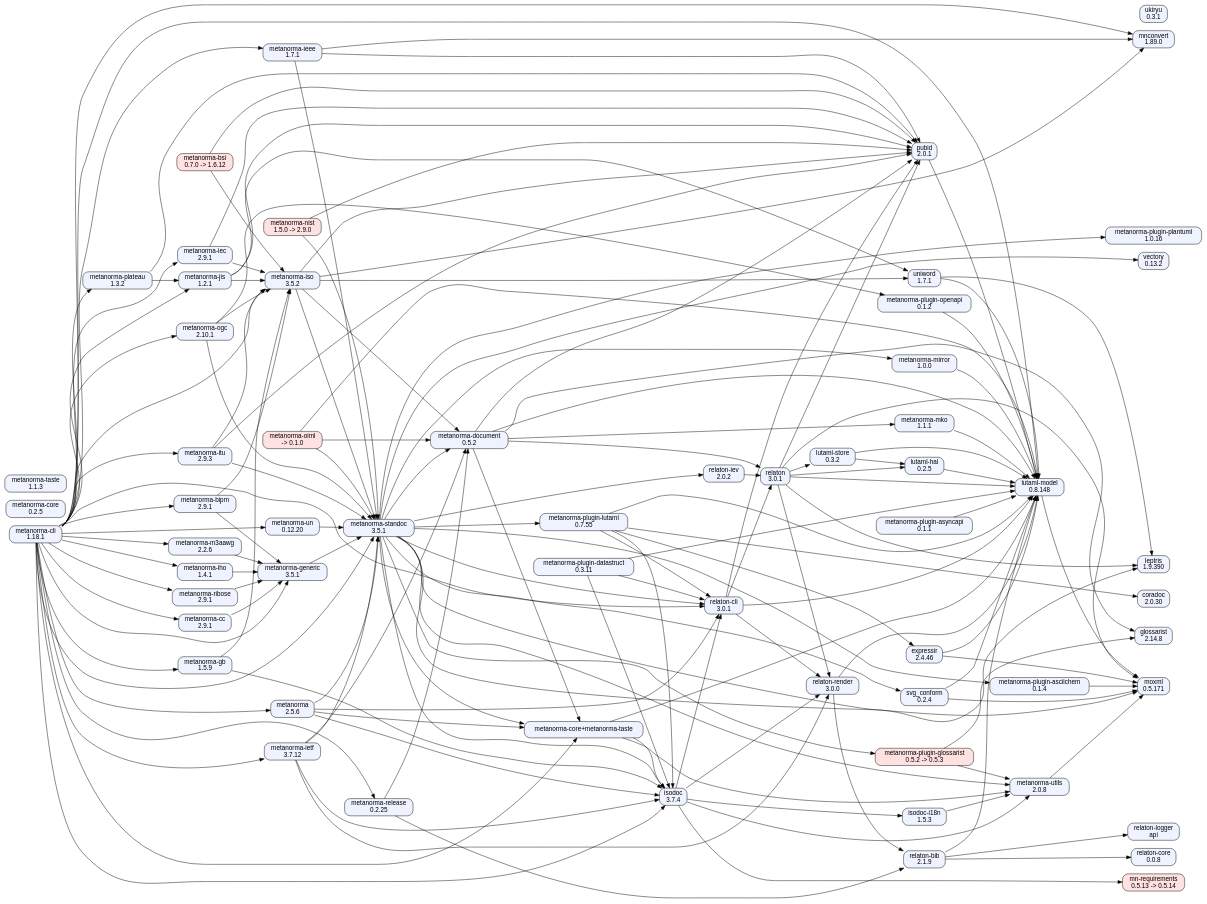
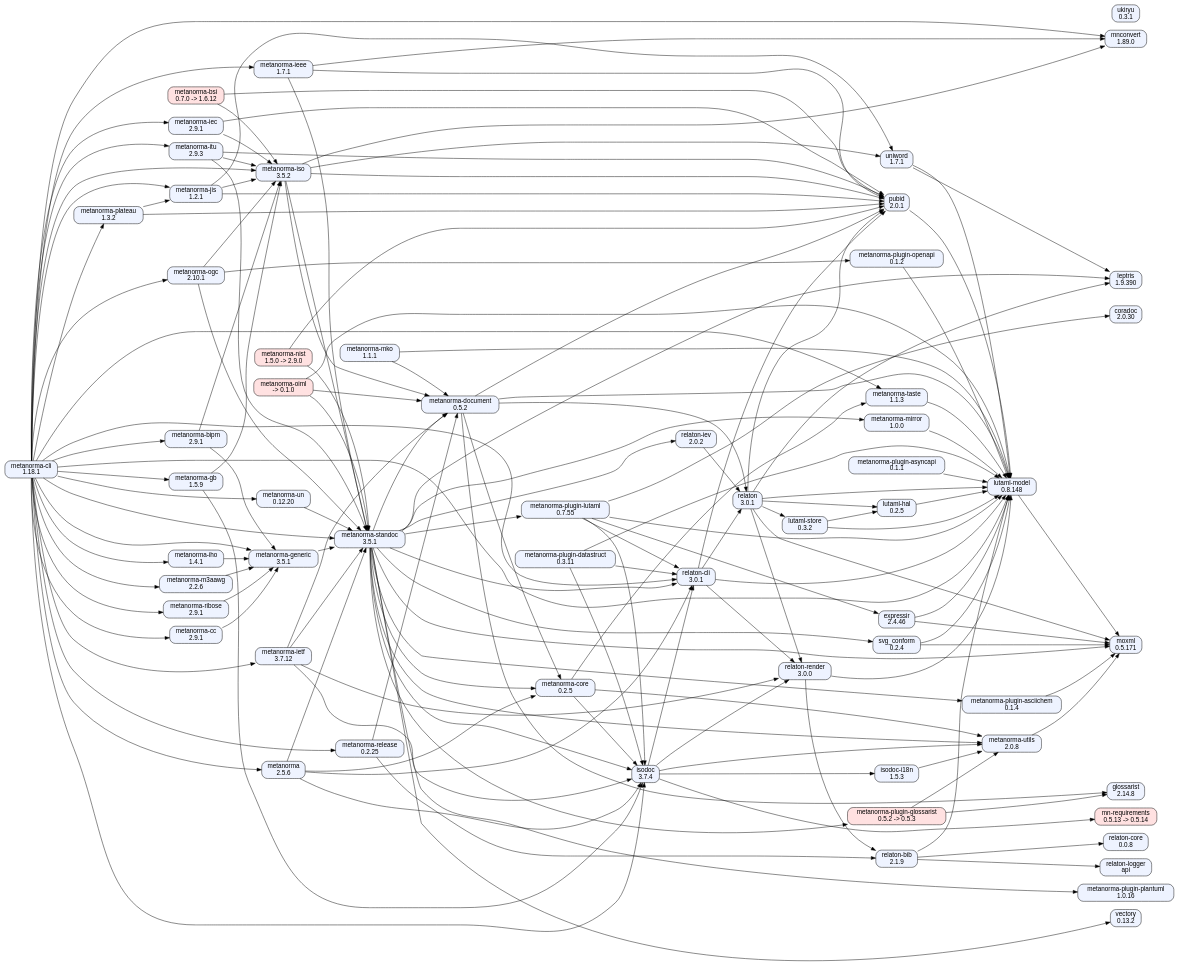
The diagram in docs/release-graph.dot (metanorma/metanorma-cli), drawn with Graphviz before and after one commit. The commit also changed 2 other files, not shown here.

Commit message:
Release graph: the decycle lands - the graph is a DAG
metanorma-document drops the metanorma-mko edge (model side moves into
metanorma-mko: metanorma-mko#11 + metanorma-document#104, caller seam
metanorma#623), and the core/taste mutual was a data error in the
curated edges, not a gemspec fact. Waves re-computed: 14 waves, no
SCCs; metanorma-taste sits in W3, metanorma-mko in W10.

```diff
--- a/docs/release-graph.dot
+++ b/docs/release-graph.dot
@@ -74,7 +74,7 @@
   "lutaml-store" -> "lutaml-hal";
   "lutaml-store" -> "lutaml-model";
   "metanorma" -> "isodoc";
-  "metanorma" -> "metanorma-core+metanorma-taste";
+  "metanorma" -> "metanorma-core";
   "metanorma" -> "metanorma-standoc";
   "metanorma" -> "relaton-cli";
   "metanorma-bipm" -> "metanorma-generic";
@@ -87,7 +87,6 @@
   "metanorma-cli" -> "metanorma";
   "metanorma-cli" -> "metanorma-bipm";
   "metanorma-cli" -> "metanorma-cc";
-  "metanorma-cli" -> "metanorma-core+metanorma-taste";
   "metanorma-cli" -> "metanorma-gb";
   "metanorma-cli" -> "metanorma-generic";
   "metanorma-cli" -> "metanorma-iec";
@@ -103,16 +102,16 @@
   "metanorma-cli" -> "metanorma-release";
   "metanorma-cli" -> "metanorma-ribose";
   "metanorma-cli" -> "metanorma-standoc";
+  "metanorma-cli" -> "metanorma-taste";
   "metanorma-cli" -> "metanorma-un";
   "metanorma-cli" -> "mnconvert";
   "metanorma-cli" -> "relaton-cli";
-  "metanorma-core+metanorma-taste" -> "isodoc";
-  "metanorma-core+metanorma-taste" -> "lutaml-model";
-  "metanorma-core+metanorma-taste" -> "metanorma-utils";
+  "metanorma-core" -> "isodoc";
+  "metanorma-core" -> "metanorma-taste";
+  "metanorma-core" -> "metanorma-utils";
   "metanorma-document" -> "glossarist";
   "metanorma-document" -> "lutaml-model";
-  "metanorma-document" -> "metanorma-core+metanorma-taste";
-  "metanorma-document" -> "metanorma-mko";
+  "metanorma-document" -> "metanorma-core";
   "metanorma-document" -> "pubid";
   "metanorma-document" -> "relaton";
   "metanorma-gb" -> "isodoc";
@@ -142,6 +141,7 @@
   "metanorma-m3aawg" -> "metanorma-generic";
   "metanorma-mirror" -> "lutaml-model";
   "metanorma-mko" -> "lutaml-model";
+  "metanorma-mko" -> "metanorma-document";
   "metanorma-nist" -> "metanorma-standoc";
   "metanorma-nist" -> "pubid";
   "metanorma-ogc" -> "metanorma-iso";
@@ -170,7 +170,7 @@
   "metanorma-ribose" -> "metanorma-generic";
   "metanorma-standoc" -> "isodoc";
   "metanorma-standoc" -> "leptris";
-  "metanorma-standoc" -> "metanorma-core+metanorma-taste";
+  "metanorma-standoc" -> "metanorma-core";
   "metanorma-standoc" -> "metanorma-document";
   "metanorma-standoc" -> "metanorma-mirror";
   "metanorma-standoc" -> "metanorma-plugin-asciichem";
@@ -183,6 +183,7 @@
   "metanorma-standoc" -> "relaton-iev";
   "metanorma-standoc" -> "svg_conform";
   "metanorma-standoc" -> "vectory";
+  "metanorma-taste" -> "lutaml-model";
   "metanorma-un" -> "metanorma-standoc";
   "metanorma-utils" -> "moxml";
   "pubid" -> "lutaml-model";
@@ -209,14 +210,14 @@
   "uniword" -> "lutaml-model";
   {rank=same; "coradoc"; "glossarist"; "leptris"; "metanorma-plugin-plantuml"; "mn-requirements"; "mnconvert"; "moxml"; "relaton-core"; "relaton-logger"; "ukiryu"; "vectory";}
   {rank=same; "lutaml-model"; "metanorma-plugin-asciichem"; "metanorma-utils";}
-  {rank=same; "expressir"; "isodoc-i18n"; "lutaml-hal"; "metanorma-mirror"; "metanorma-mko"; "metanorma-plugin-asyncapi"; "metanorma-plugin-glossarist"; "metanorma-plugin-openapi"; "pubid"; "relaton-bib"; "svg_conform"; "uniword";}
+  {rank=same; "expressir"; "isodoc-i18n"; "lutaml-hal"; "metanorma-mirror"; "metanorma-plugin-asyncapi"; "metanorma-plugin-glossarist"; "metanorma-plugin-openapi"; "metanorma-taste"; "pubid"; "relaton-bib"; "svg_conform"; "uniword";}
   {rank=same; "lutaml-store"; "relaton-render";}
   {rank=same; "relaton";}
   {rank=same; "relaton-cli"; "relaton-iev";}
   {rank=same; "isodoc";}
-  {rank=same; "metanorma-core+metanorma-taste"; "metanorma-plugin-datastruct"; "metanorma-plugin-lutaml";}
+  {rank=same; "metanorma-core"; "metanorma-plugin-datastruct"; "metanorma-plugin-lutaml";}
   {rank=same; "metanorma-document";}
-  {rank=same; "metanorma-release"; "metanorma-standoc";}
+  {rank=same; "metanorma-mko"; "metanorma-release"; "metanorma-standoc";}
   {rank=same; "metanorma"; "metanorma-generic"; "metanorma-ieee"; "metanorma-ietf"; "metanorma-iso"; "metanorma-nist"; "metanorma-oiml"; "metanorma-un";}
   {rank=same; "metanorma-bipm"; "metanorma-bsi"; "metanorma-cc"; "metanorma-gb"; "metanorma-iec"; "metanorma-iho"; "metanorma-itu"; "metanorma-jis"; "metanorma-m3aawg"; "metanorma-ogc"; "metanorma-ribose";}
   {rank=same; "metanorma-plateau";}
```
